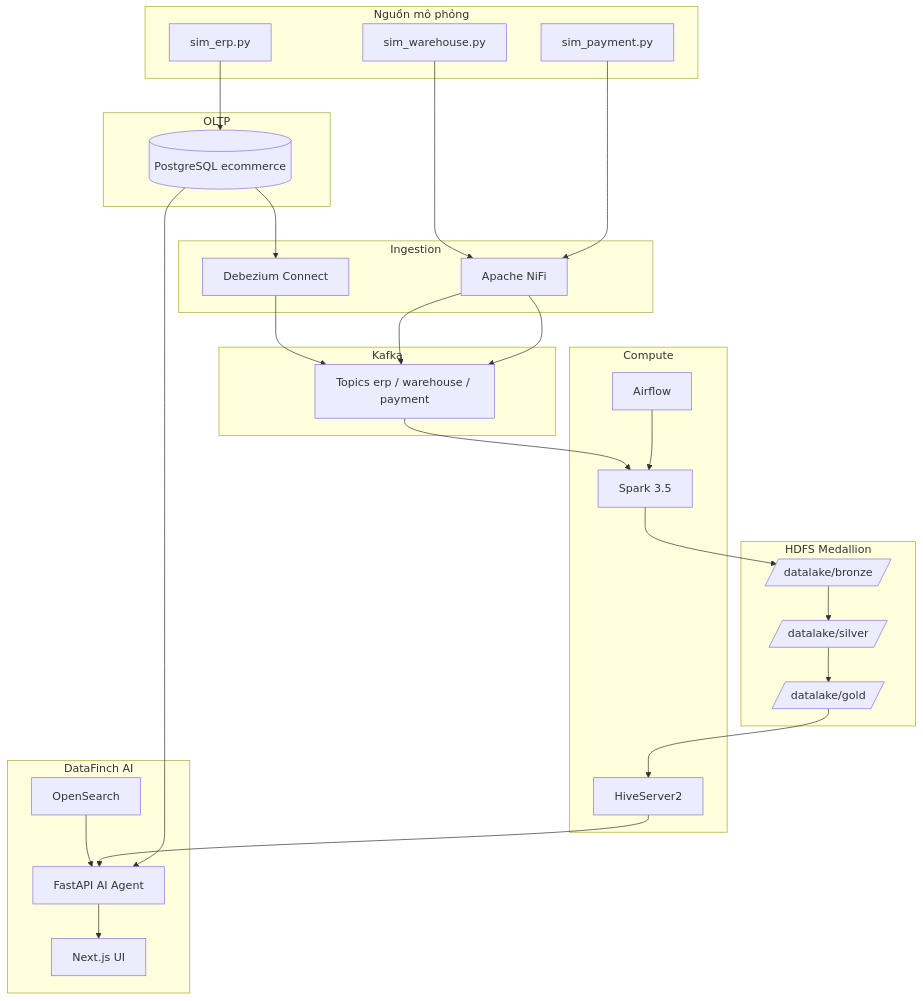
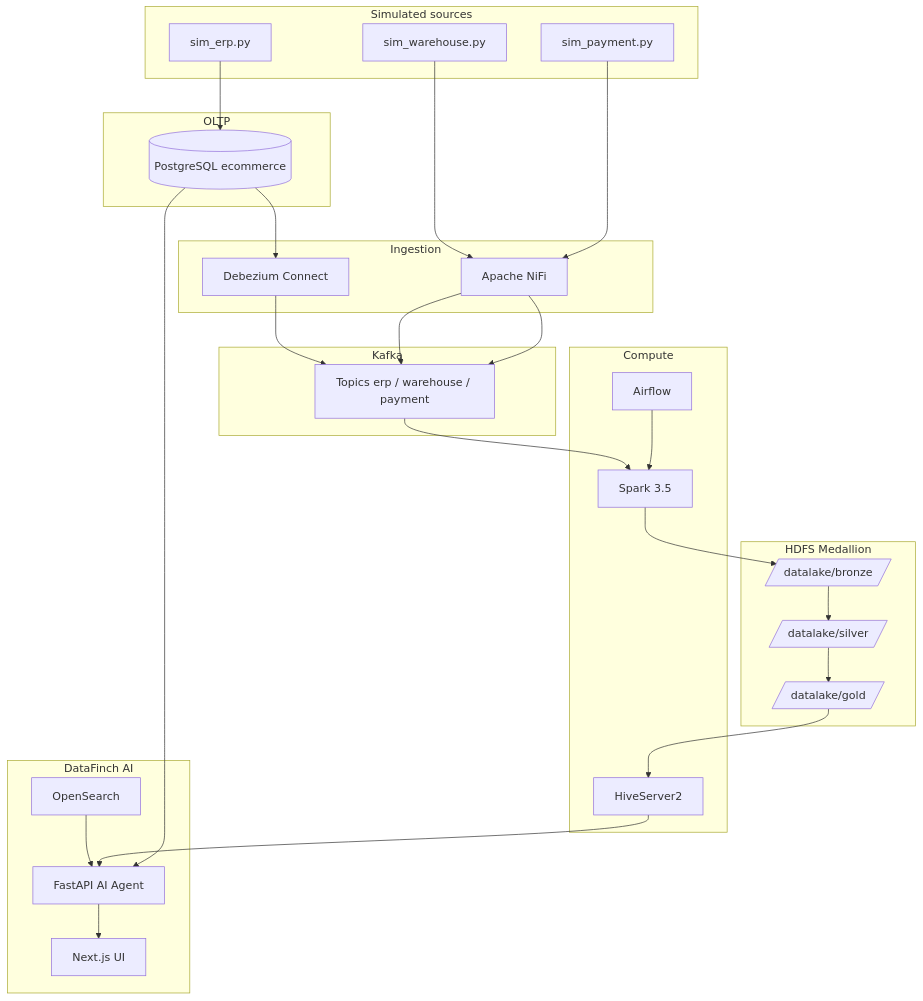
One commit to vanhhhh04/ai-agent-assistance changed the diagram in readme.md. Above: the diagram before and after it, drawn with Mermaid. The commit also changed other lines of this file and 4 other files, not shown here.

````diff
--- a/readme.md
+++ b/readme.md
@@ -51,52 +51,52 @@
 ```mermaid
 flowchart TB
-    subgraph Sources["Nguồn mô phỏng"]
+    subgraph Sources["Simulated sources"]
         ERP[sim_erp.py]
         WH[sim_warehouse.py]
         PAY[sim_payment.py]
     end
 
     subgraph OLTP["OLTP"]
         PG[(PostgreSQL ecommerce)]
     end
 
     subgraph Ingest["Ingestion"]
         DEB[Debezium Connect]
         NIFI[Apache NiFi]
     end
 
     subgraph Stream["Kafka"]
         K[Topics erp / warehouse / payment]
     end
 
     subgraph Lake["HDFS Medallion"]
         B[/datalake/bronze/]
         S[/datalake/silver/]
         G[/datalake/gold/]
     end
 
     subgraph Compute["Compute"]
         AF[Airflow]
         SP[Spark 3.5]
         HV[HiveServer2]
     end
 
     subgraph AI["DataFinch AI"]
         OS[OpenSearch]
         API[FastAPI AI Agent]
         WEB[Next.js UI]
     end
 
     ERP --> PG
     PG --> DEB --> K
     WH --> NIFI --> K
     PAY --> NIFI --> K
     K --> SP
     AF --> SP
     SP --> B --> S --> G
     G --> HV
     OS --> API
     HV --> API
     PG --> API
     API --> WEB
 ```
````
